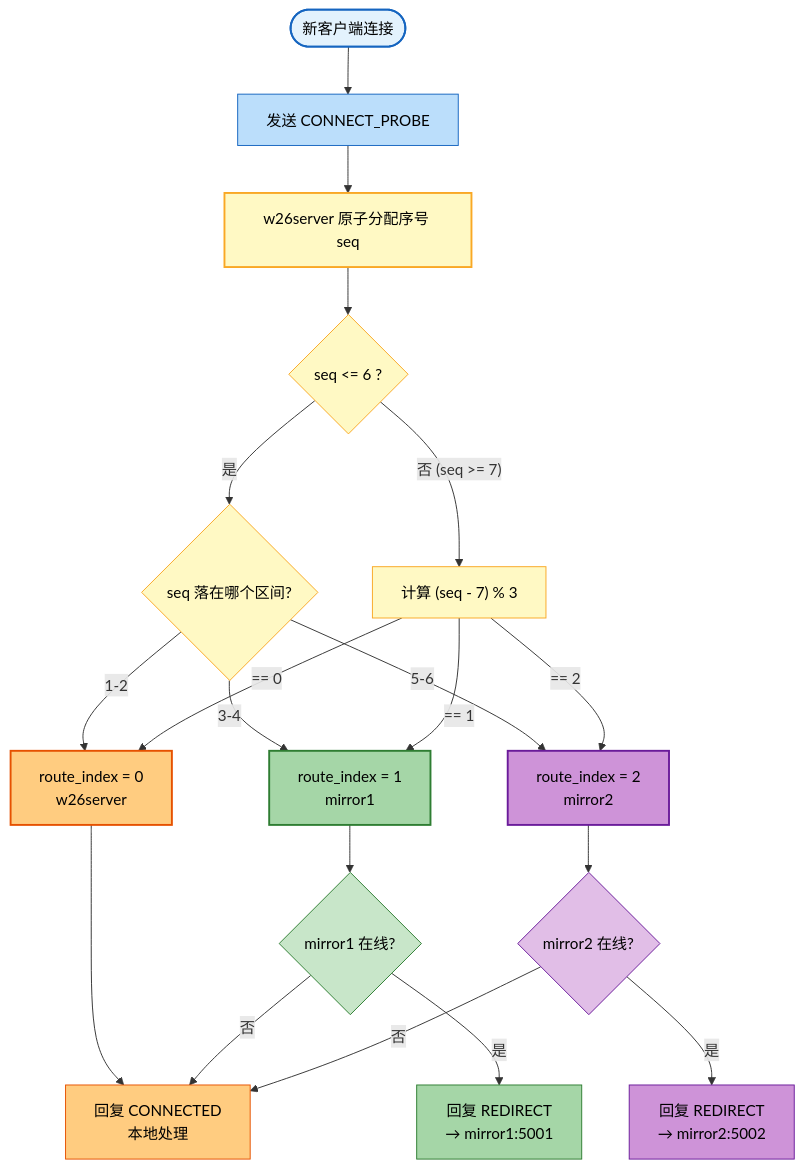
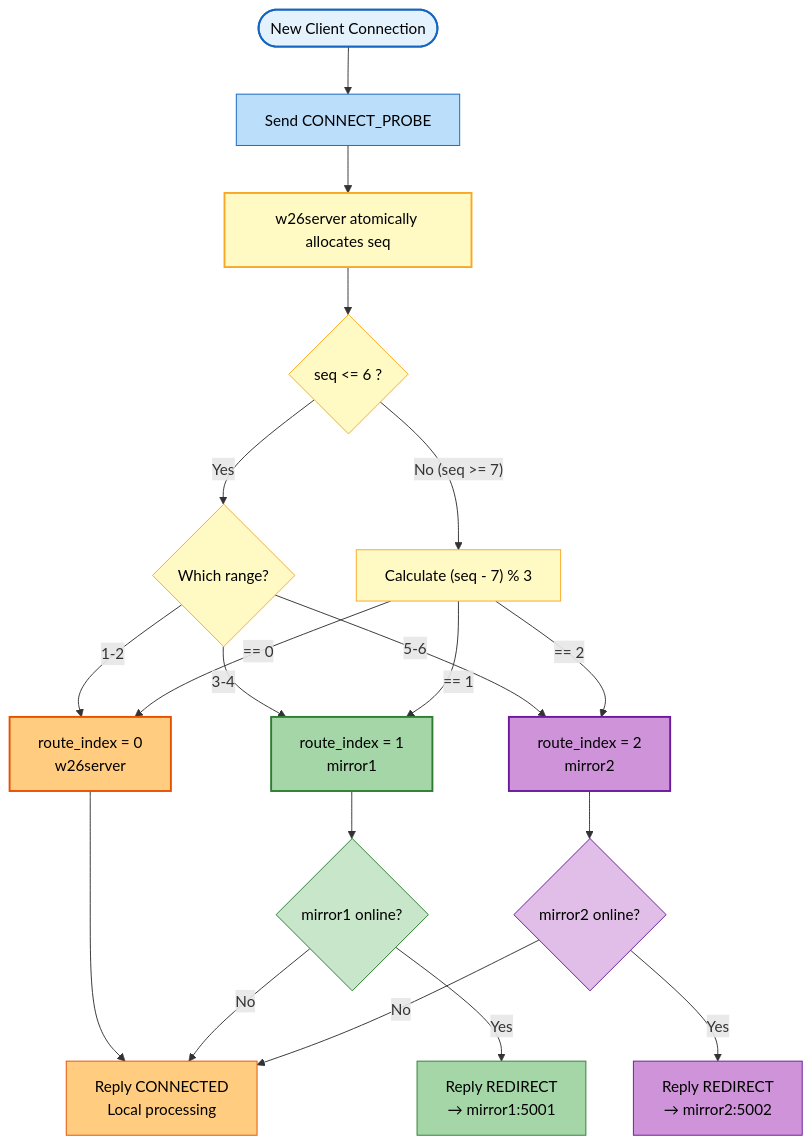
The second of 7 diagrams in README.md (jianglei919/ASP_Group), drawn with Mermaid before and after one commit. The commit also changed other lines of this file and 1 other file, not shown here.

````diff
--- a/README.md
+++ b/README.md
@@ -69,40 +69,40 @@
 ```mermaid
 flowchart TD
-    START(["新客户端连接"]) --> PROBE["发送 CONNECT_PROBE"]
-    PROBE --> SEQ["w26server 原子分配序号 seq"]
+    START(["New Client Connection"]) --> PROBE["Send CONNECT_PROBE"]
+    PROBE --> SEQ["w26server atomically allocates seq"]
     SEQ --> CHECK{seq <= 6 ?}
 
-    CHECK -->|"是"| FIXED{"seq 落在哪个区间?"}
+    CHECK -->|"Yes"| FIXED{"Which range?"}
     FIXED -->|"1-2"| R0["route_index = 0<br/>w26server"]
     FIXED -->|"3-4"| R1["route_index = 1<br/>mirror1"]
     FIXED -->|"5-6"| R2["route_index = 2<br/>mirror2"]
 
-    CHECK -->|"否 (seq >= 7)"| MOD["计算 (seq - 7) % 3"]
+    CHECK -->|"No (seq >= 7)"| MOD["Calculate (seq - 7) % 3"]
     MOD -->|"== 0"| R0
     MOD -->|"== 1"| R1
     MOD -->|"== 2"| R2
 
-    R0 --> LOCAL["回复 CONNECTED<br/>本地处理"]
-    R1 --> ONLINE1{"mirror1 在线?"}
-    R2 --> ONLINE2{"mirror2 在线?"}
+    R0 --> LOCAL["Reply CONNECTED<br/>Local processing"]
+    R1 --> ONLINE1{"mirror1 online?"}
+    R2 --> ONLINE2{"mirror2 online?"}
 
-    ONLINE1 -->|"是"| REDIR1["回复 REDIRECT<br/>→ mirror1:5001"]
-    ONLINE1 -->|"否"| LOCAL
-    ONLINE2 -->|"是"| REDIR2["回复 REDIRECT<br/>→ mirror2:5002"]
-    ONLINE2 -->|"否"| LOCAL
+    ONLINE1 -->|"Yes"| REDIR1["Reply REDIRECT<br/>→ mirror1:5001"]
+    ONLINE1 -->|"No"| LOCAL
+    ONLINE2 -->|"Yes"| REDIR2["Reply REDIRECT<br/>→ mirror2:5002"]
+    ONLINE2 -->|"No"| LOCAL
 
     style START fill:#E3F2FD,stroke:#1565C0,stroke-width:2px,color:#000
     style SEQ fill:#FFF9C4,stroke:#F9A825,stroke-width:2px,color:#000
     style R0 fill:#FFCC80,stroke:#E65100,stroke-width:2px,color:#000
     style R1 fill:#A5D6A7,stroke:#2E7D32,stroke-width:2px,color:#000
     style R2 fill:#CE93D8,stroke:#6A1B9A,stroke-width:2px,color:#000
     style LOCAL fill:#FFCC80,stroke:#E65100,stroke-width:1px,color:#000
     style REDIR1 fill:#A5D6A7,stroke:#2E7D32,stroke-width:1px,color:#000
     style REDIR2 fill:#CE93D8,stroke:#6A1B9A,stroke-width:1px,color:#000
     style ONLINE1 fill:#C8E6C9,stroke:#2E7D32,stroke-width:1px,color:#000
     style ONLINE2 fill:#E1BEE7,stroke:#6A1B9A,stroke-width:1px,color:#000
     style CHECK fill:#FFF9C4,stroke:#F9A825,stroke-width:1px,color:#000
     style FIXED fill:#FFF9C4,stroke:#F9A825,stroke-width:1px,color:#000
     style MOD fill:#FFF9C4,stroke:#F9A825,stroke-width:1px,color:#000
     style PROBE fill:#BBDEFB,stroke:#1565C0,stroke-width:1px,color:#000
 ```
````
